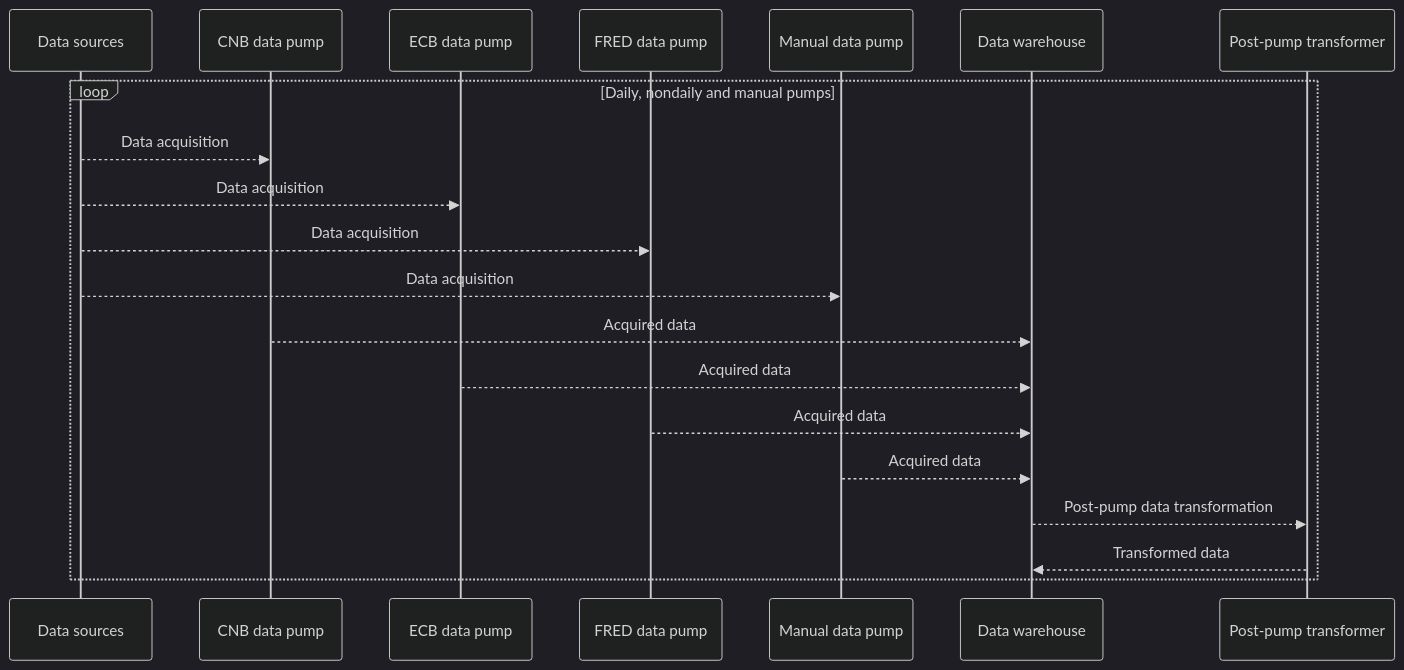
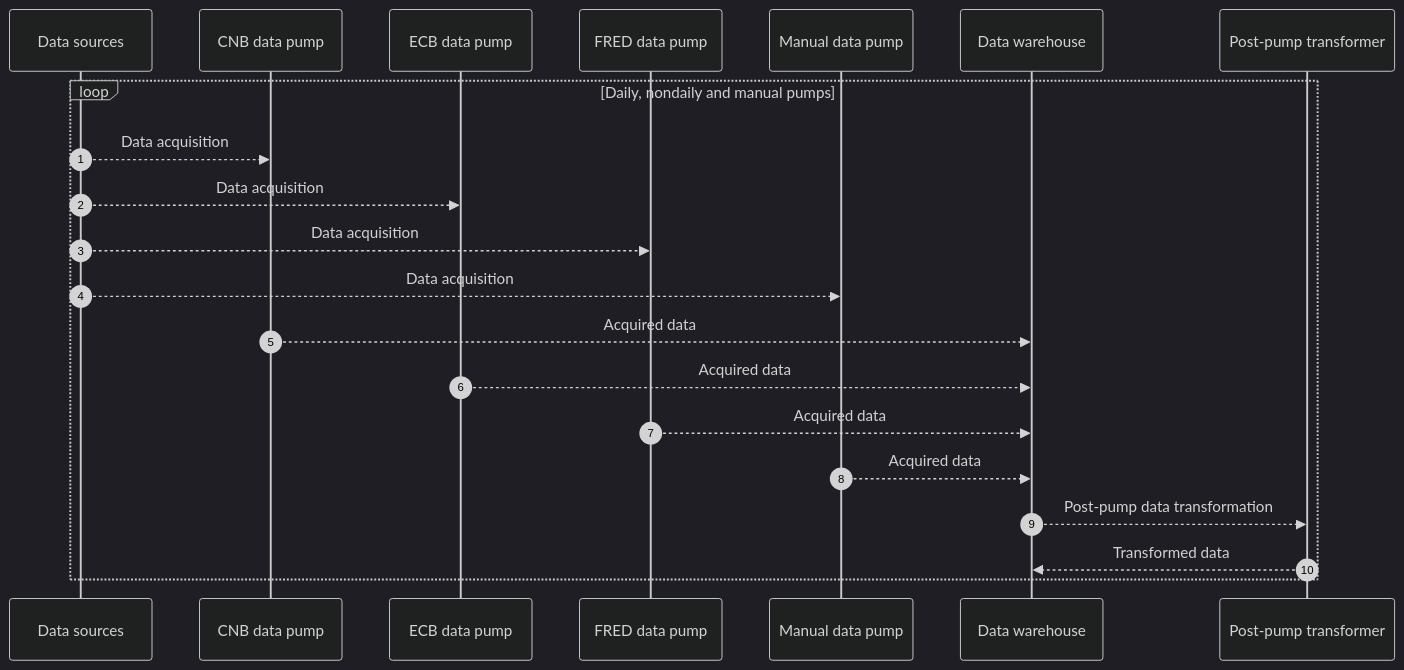
The first of 2 diagrams in pump-workflow.md (OGR-EIU/docs-workflows), drawn with Mermaid (dark theme) before and after one commit.

````diff
--- a/pump-workflow.md
+++ b/pump-workflow.md
@@ -5,23 +5,25 @@
 ```mermaid
 sequenceDiagram
 	participant SRC as Data sources
 	participant CNBP as CNB data pump
 	participant ECBP as ECB data pump
 	participant FRDP as FRED data pump
 	participant MANP as Manual data pump
 	participant DWH as Data warehouse
 	participant TRAN as Post-pump transformer
+
+	autonumber
 
     loop Daily, nondaily and manual pumps
         SRC -->> CNBP: Data acquisition
         SRC -->> ECBP: Data acquisition
         SRC -->> FRDP: Data acquisition
         SRC -->> MANP: Data acquisition
         CNBP -->> DWH: Acquired data
         ECBP -->> DWH: Acquired data
         FRDP -->> DWH: Acquired data
         MANP -->> DWH: Acquired data
         DWH -->> TRAN: Post-pump data transformation
         TRAN -->> DWH: Transformed data
     end
 ```
````
